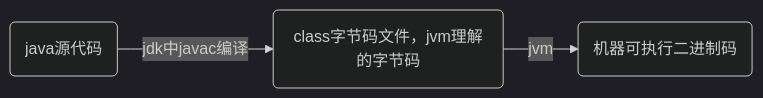
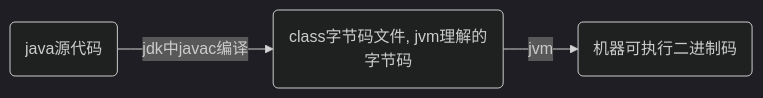
One commit to xfy520/docs changed the diagram in docs/rearend/java/README.md. Above: the diagram before and after it, drawn with Mermaid (dark theme).

````diff
--- a/docs/rearend/java/README.md
+++ b/docs/rearend/java/README.md
@@ -26,5 +26,5 @@
 ```mermaid
 graph LR
-A(java源代码)--> |jdk中javac编译| B(class字节码文件，jvm理解的字节码)
+A(java源代码)--> |jdk中javac编译| B(class字节码文件, jvm理解的字节码)
 B--> |jvm|C(机器可执行二进制码)
 ```
````
